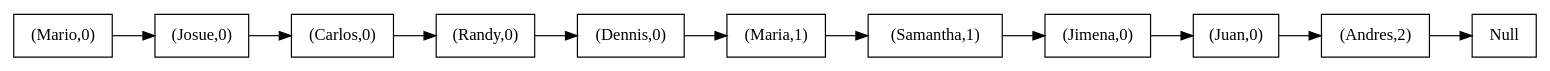
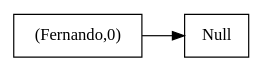
Before and after one commit to deathstroke021/EDD_1S2019_P1_201503961: the diagram in Queue.dot, drawn with Graphviz. The commit also changed 8 other files, not shown here.

```diff
--- a/Queue.dot
+++ b/Queue.dot
@@ -1,25 +1,7 @@
 digraph firsGraph{
 node [shape=record];
 rankdir=LR;
-node0 [label=" (Mario,0) "];
+node0 [label=" (Fernando,0) "];
 node0 -> node1;
-node1 [label=" (Josue,0) "];
-node1 -> node2;
-node2 [label=" (Carlos,0) "];
-node2 -> node3;
-node3 [label=" (Randy,0) "];
-node3 -> node4;
-node4 [label=" (Dennis,0) "];
-node4 -> node5;
-node5 [label=" (Maria,1) "];
-node5 -> node6;
-node6 [label=" (Samantha,1) "];
-node6 -> node7;
-node7 [label=" (Jimena,0) "];
-node7 -> node8;
-node8 [label=" (Juan,0) "];
-node8 -> node9;
-node9 [label=" (Andres,2) "];
-node9 -> node10;
-node10 [label=" Null "];
+node1 [label=" Null "];
 }
```
